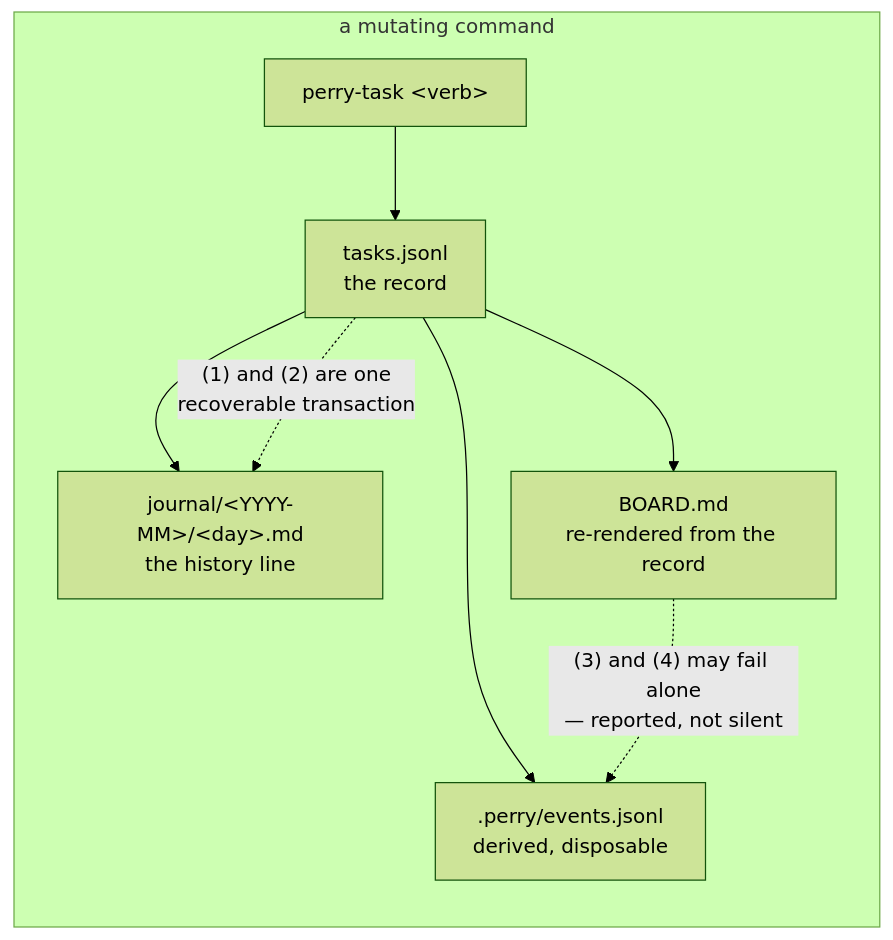
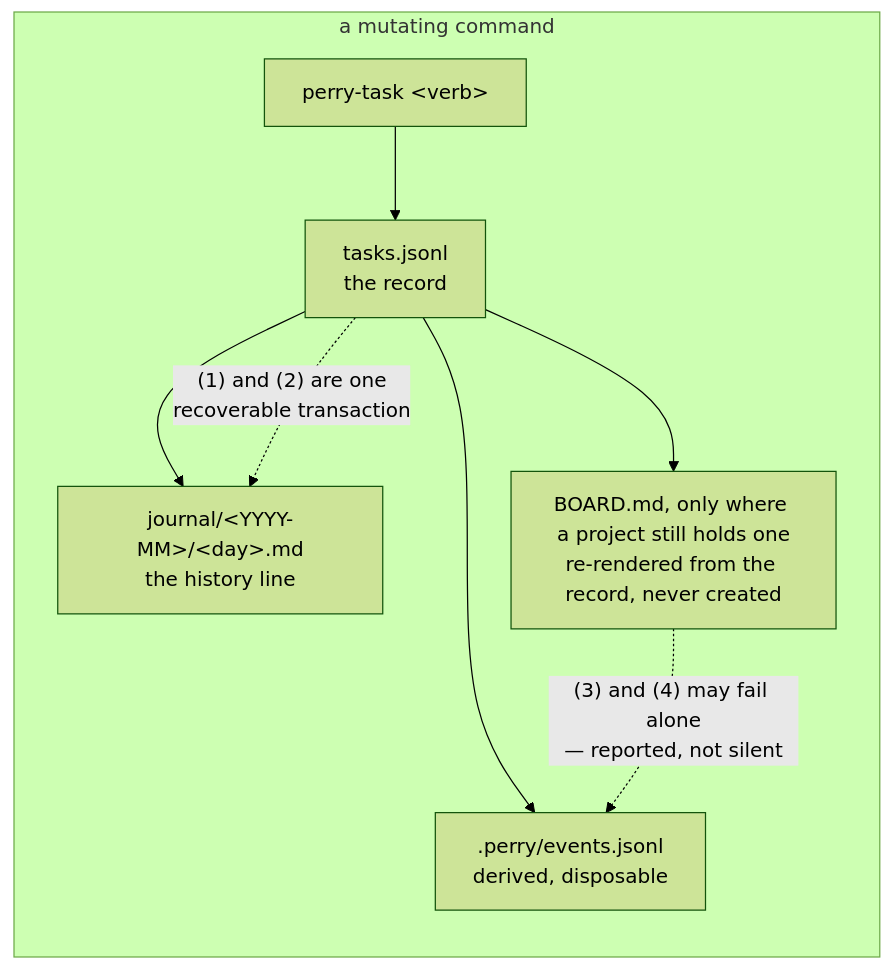
One commit to ranjiao/Perry changed the second of 3 diagrams in ARCHITECTURE.md. Above: the diagram before and after it, drawn with Mermaid (forest theme). The commit also changed other lines of this file and 30 other files, not shown here.

````diff
--- a/ARCHITECTURE.md
+++ b/ARCHITECTURE.md
@@ -142,12 +146,12 @@
 ```mermaid
 flowchart LR
     subgraph write["a mutating command"]
         direction TB
         A["perry-task &lt;verb&gt;"] --> B["tasks.jsonl<br/>the record"]
         B --> C["journal/&lt;YYYY-MM&gt;/&lt;day&gt;.md<br/>the history line"]
-        B --> D["BOARD.md<br/>re-rendered from the record"]
+        B --> D["BOARD.md, only where a project still holds one<br/>re-rendered from the record, never created"]
         B --> E[".perry/events.jsonl<br/>derived, disposable"]
     end
     B -.->|"(1) and (2) are one<br/>recoverable transaction"| C
     D -.->|"(3) and (4) may fail alone<br/>— reported, not silent"| E
 ```
````
